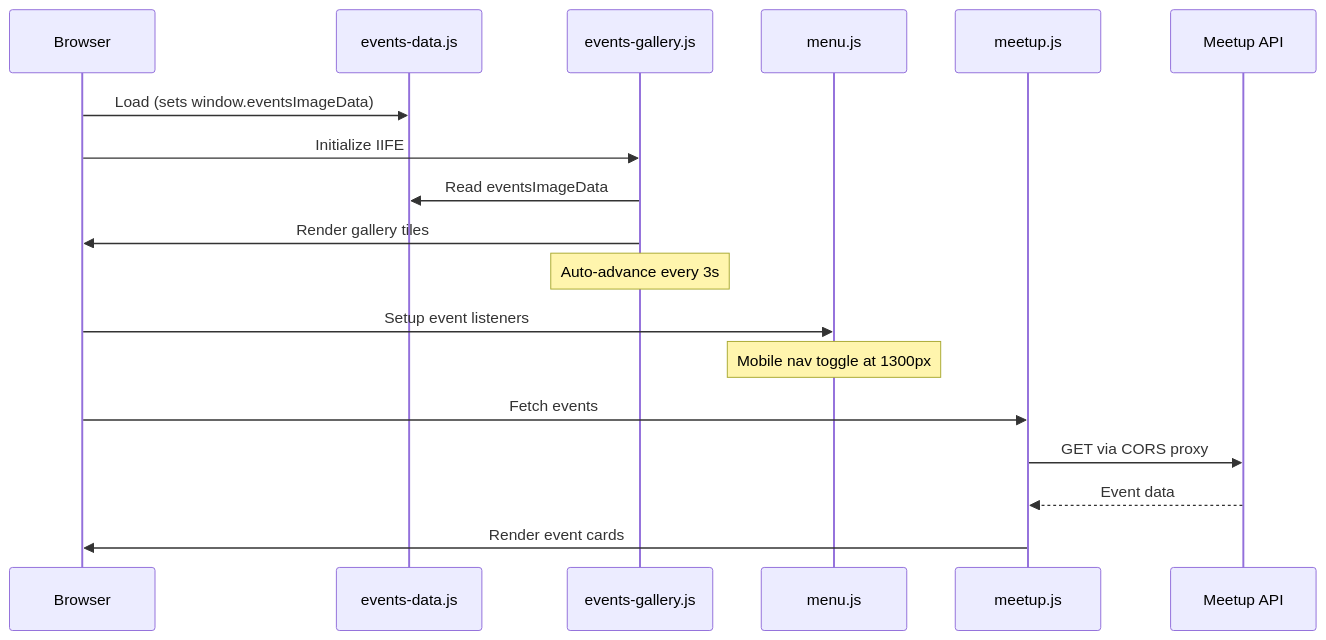
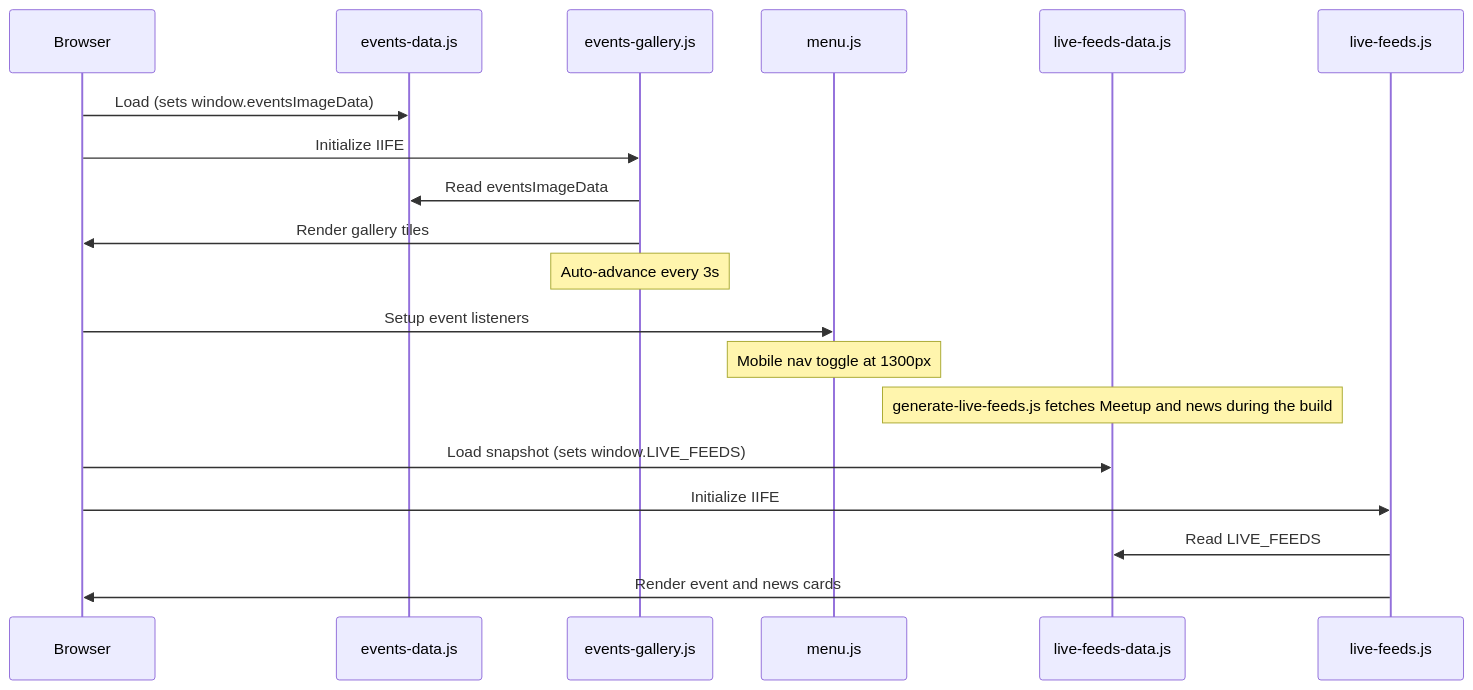
The third of 3 diagrams in README.md (CODE-Community-of-Developers-Engineers/website-frontpage), drawn with Mermaid before and after one commit. The commit also changed other lines of this file and 3 other files, not shown here.

````diff
--- a/README.md
+++ b/README.md
@@ -233,21 +249,22 @@
 ```mermaid
 sequenceDiagram
     participant Browser
     participant EventsData as events-data.js
     participant Carousel as events-gallery.js
     participant Menu as menu.js
-    participant MeetupJS as meetup.js
-    participant API as Meetup API
+    participant FeedData as live-feeds-data.js
+    participant Feeds as live-feeds.js
 
     Browser->>EventsData: Load (sets window.eventsImageData)
     Browser->>Carousel: Initialize IIFE
     Carousel->>EventsData: Read eventsImageData
     Carousel->>Browser: Render gallery tiles
     Note over Carousel: Auto-advance every 3s
     Browser->>Menu: Setup event listeners
     Note over Menu: Mobile nav toggle at 1300px
-    Browser->>MeetupJS: Fetch events
-    MeetupJS->>API: GET via CORS proxy
-    API-->>MeetupJS: Event data
-    MeetupJS->>Browser: Render event cards
+    Note over FeedData: generate-live-feeds.js fetches Meetup and news during the build
+    Browser->>FeedData: Load snapshot (sets window.LIVE_FEEDS)
+    Browser->>Feeds: Initialize IIFE
+    Feeds->>FeedData: Read LIVE_FEEDS
+    Feeds->>Browser: Render event and news cards
 ```
````
